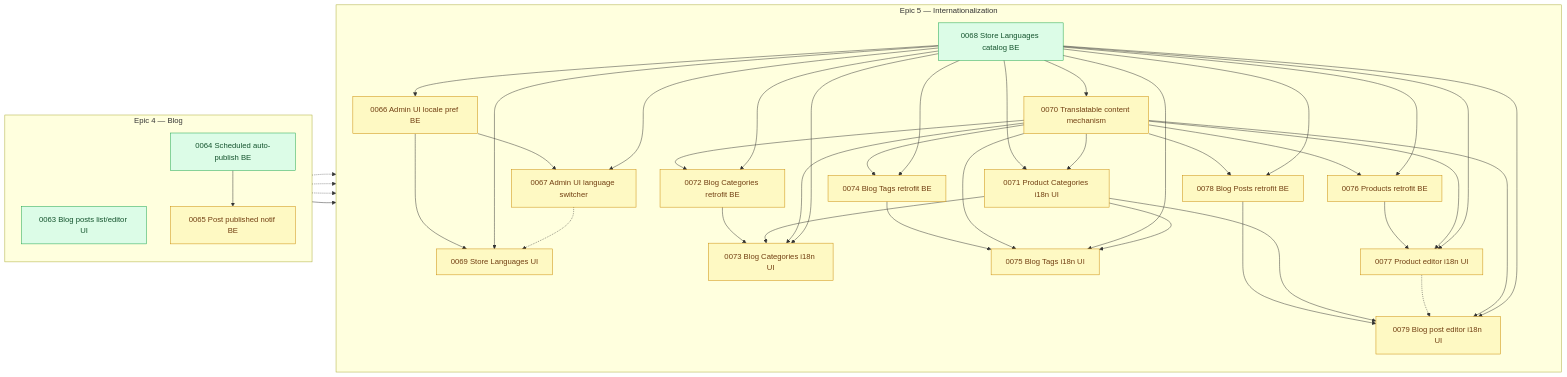
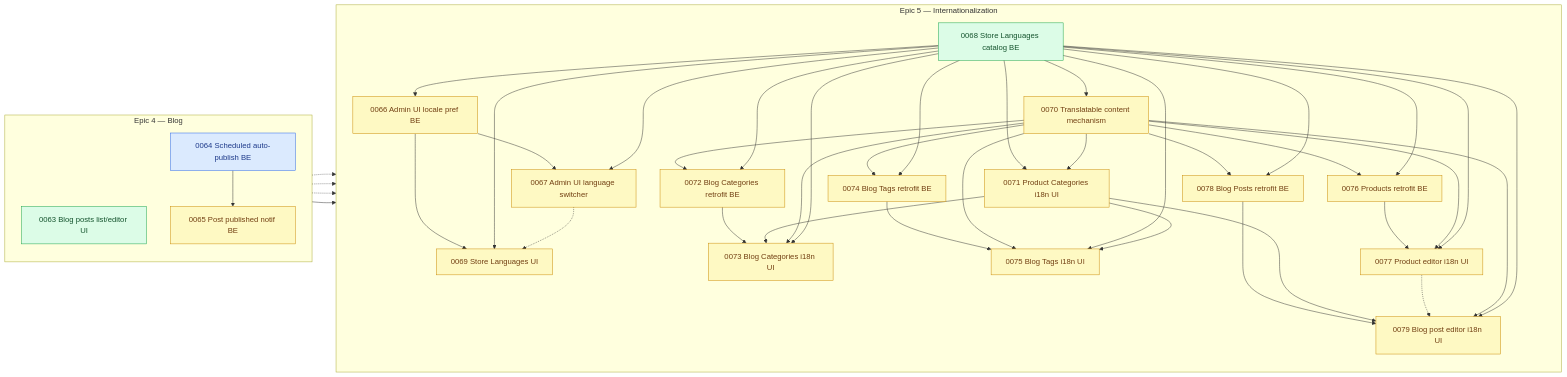
The diagram in arospe/ai-spec/tasks-map.md (shojen/AI4Devs-finalproject), drawn with Mermaid before and after one commit. The commit also changed other lines of this file and 5 other files, not shown here.

````diff
--- a/arospe/ai-spec/tasks-map.md
+++ b/arospe/ai-spec/tasks-map.md
@@ -361,5 +363,6 @@
     P0068 --> P0079
 
     class P0065,P0066,P0067,P0069,P0070,P0071,P0072,P0073,P0074,P0075,P0076,P0077,P0078,P0079 pending;
-    class P0063,P0064,P0068 ready;
+    class P0063,P0068 ready;
+    class P0064 claimed;
 ```
````
